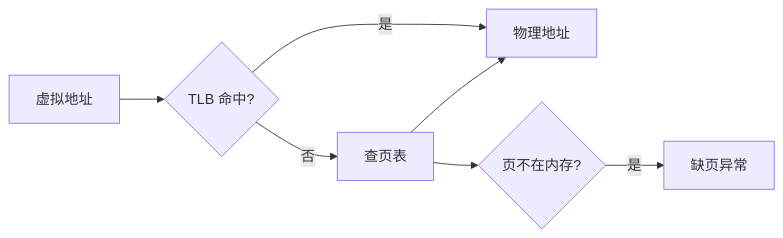
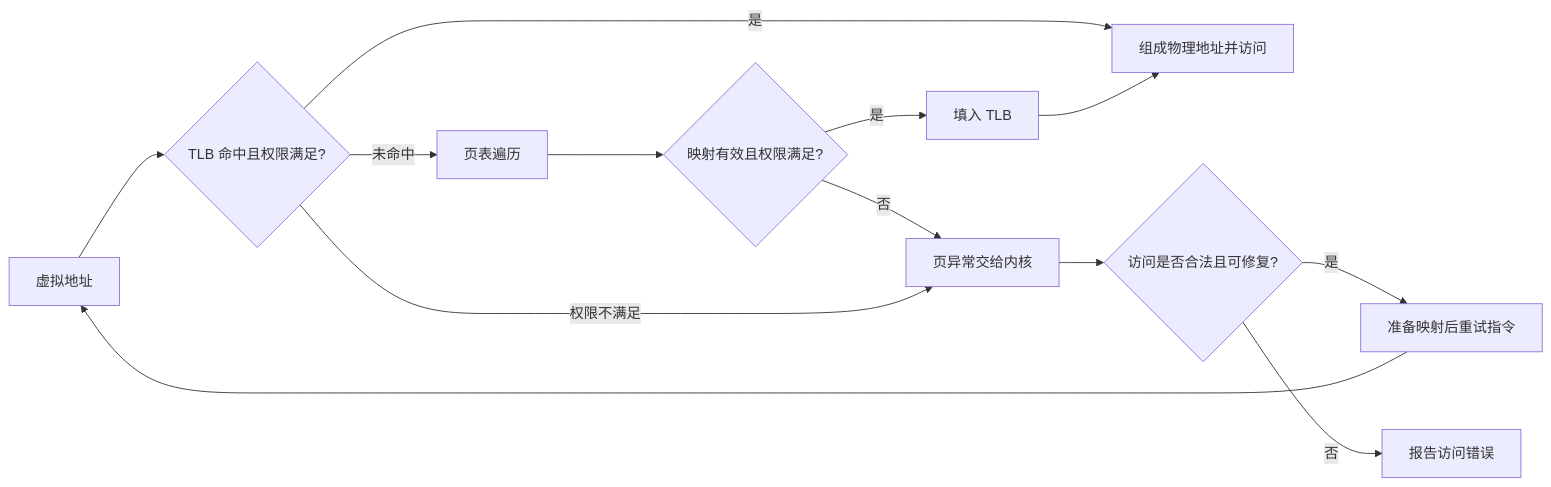
The second of 5 diagrams in docs/public/cs/os-linux-overview.md (gsjz/notebook), drawn with Mermaid before and after one commit. The commit also changed other lines of this file and 23 other files, not shown here.

````diff
--- a/docs/public/cs/os-linux-overview.md
+++ b/docs/public/cs/os-linux-overview.md
@@ -256,9 +267,13 @@
 ```mermaid
 graph LR
-  VA[虚拟地址] --> TLB{TLB 命中?}
-  TLB -->|是| PA[物理地址]
-  TLB -->|否| PT[查页表]
-  PT --> PA
-  PT --> Fault{页不在内存?}
-  Fault -->|是| PF[缺页异常]
+  VA[虚拟地址] --> TLB{TLB 命中且权限满足?}
+  TLB -->|是| PA[组成物理地址并访问]
+  TLB -->|未命中| PT[页表遍历]
+  PT --> Check{映射有效且权限满足?}
+  Check -->|是| Fill[填入 TLB] --> PA
+  Check -->|否| PF[页异常交给内核]
+  TLB -->|权限不满足| PF
+  PF --> Fix{访问是否合法且可修复?}
+  Fix -->|是| Retry[准备映射后重试指令] --> VA
+  Fix -->|否| Signal[报告访问错误]
 ```
````
